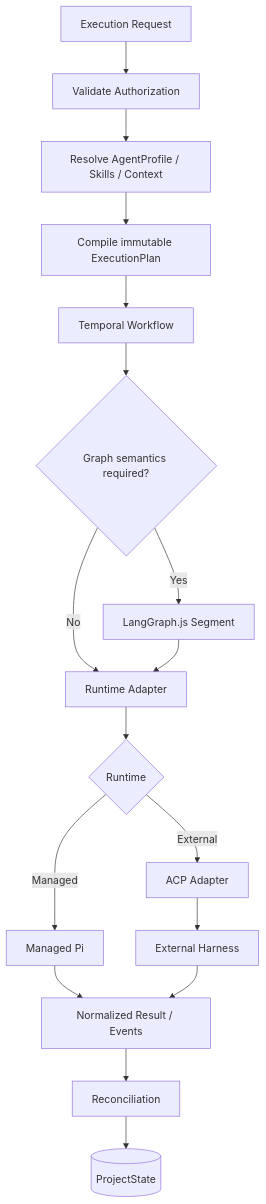
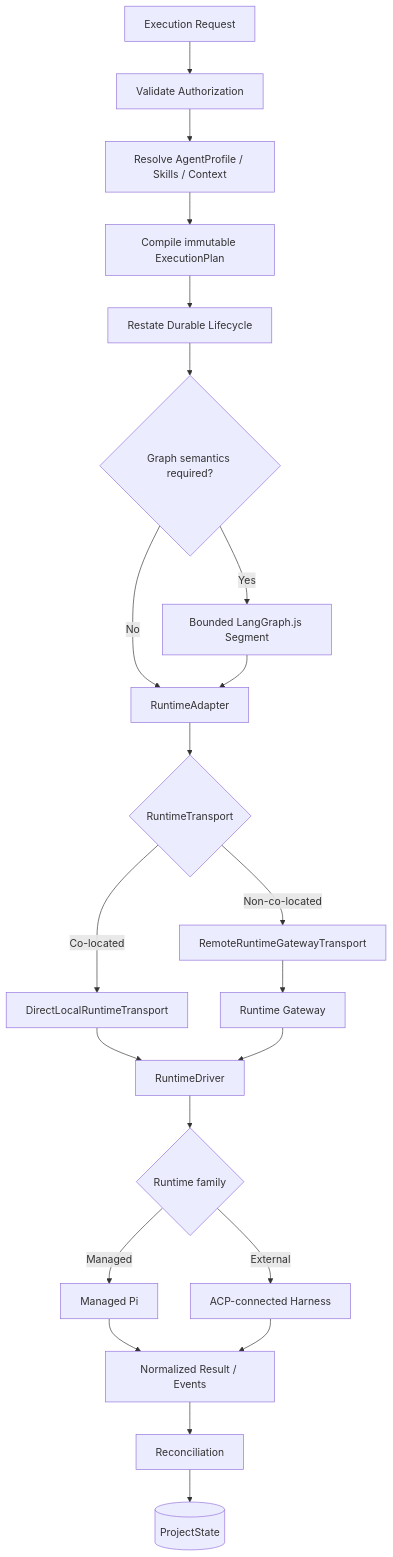
The first of 5 diagrams in docs/architecture/diagram-sources.md (0xPlayerOne/control-plane), drawn with Mermaid before and after one commit. The commit also changed other lines of this file, not shown here.

Commit message:
docs: update Control Plane Mermaid sources for Restate and RuntimeTransport

````diff
--- a/docs/architecture/diagram-sources.md
+++ b/docs/architecture/diagram-sources.md
@@ -19,19 +19,24 @@
 ```mermaid
 flowchart TB
     RQ[Execution Request] --> AUTH[Validate Authorization]
     AUTH --> RES[Resolve AgentProfile / Skills / Context]
     RES --> EP[Compile immutable ExecutionPlan]
-    EP --> TW[Temporal Workflow]
-    TW --> C{Graph semantics required?}
-    C -->|No| RA[Runtime Adapter]
-    C -->|Yes| LG[LangGraph.js Segment]
+    EP --> RS[Restate Durable Lifecycle]
+    RS --> C{Graph semantics required?}
+    C -->|No| RA[RuntimeAdapter]
+    C -->|Yes| LG[Bounded LangGraph.js Segment]
     LG --> RA
-    RA --> RT{Runtime}
+    RA --> TR{RuntimeTransport}
+    TR -->|Co-located| DL[DirectLocalRuntimeTransport]
+    TR -->|Non-co-located| RG[RemoteRuntimeGatewayTransport]
+    DL --> RD[RuntimeDriver]
+    RG --> GW[Runtime Gateway]
+    GW --> RD
+    RD --> RT{Runtime family}
     RT -->|Managed| PI[Managed Pi]
-    RT -->|External| ACP[ACP Adapter]
-    ACP --> EXT[External Harness]
+    RT -->|External| ACP[ACP-connected Harness]
     PI --> OUT[Normalized Result / Events]
-    EXT --> OUT
+    ACP --> OUT
     OUT --> REC[Reconciliation]
     REC --> PS[(ProjectState)]
 ```
````
